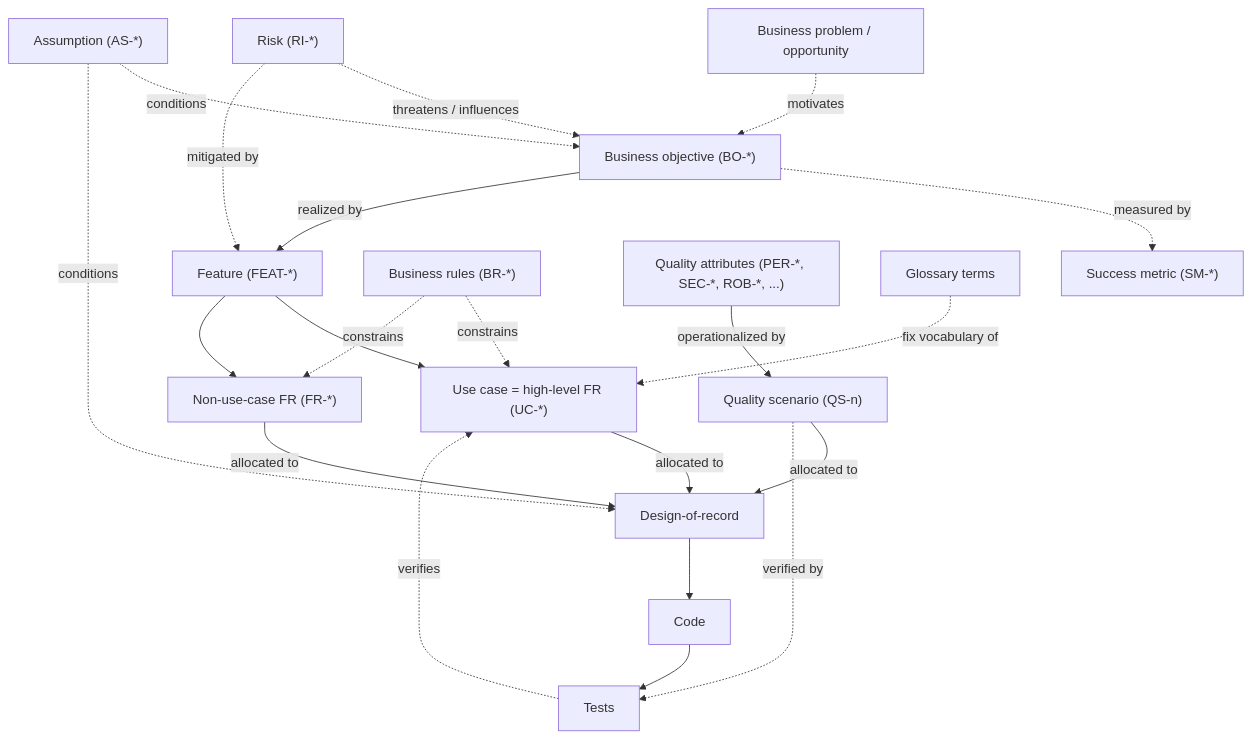
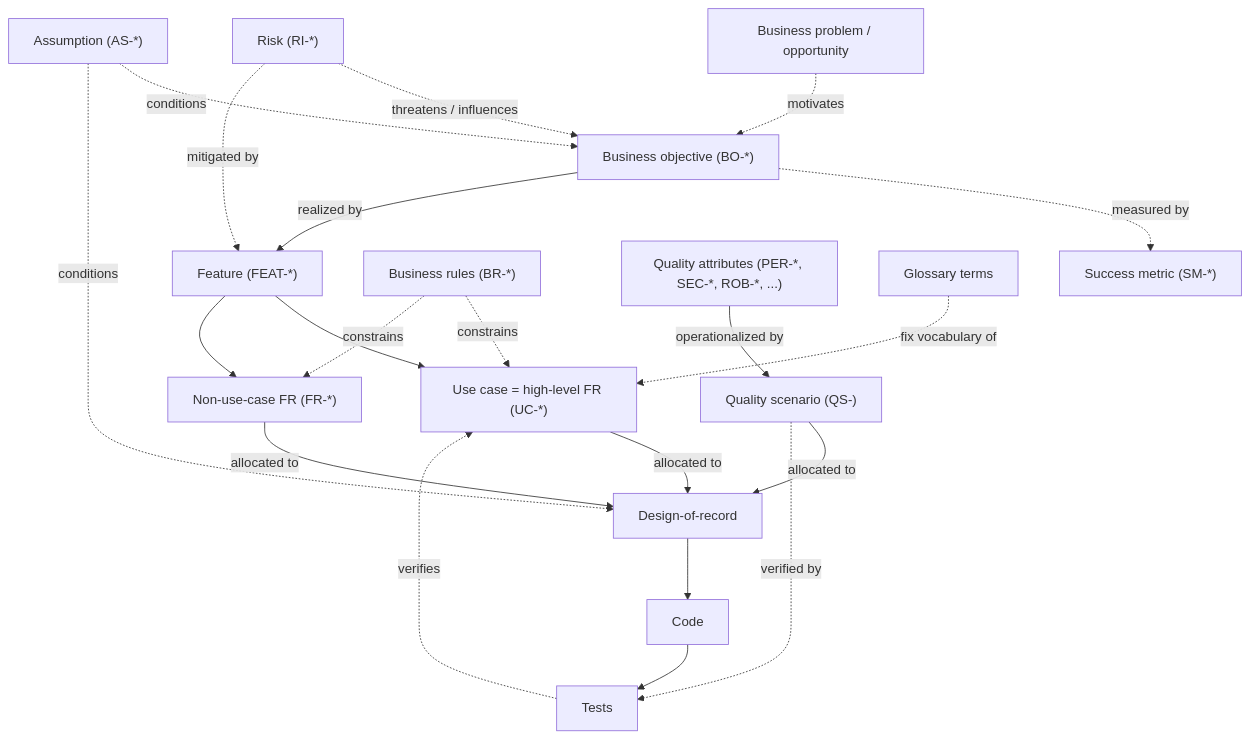
One commit to Washingtonwei/project-pulse changed the diagram in docs/methodology.md. Above: the diagram before and after it, drawn with Mermaid. The commit also changed other lines of this file and 12 other files, not shown here.

First line of the commit message:
docs(architecture): make design IDs name-based slugs

````diff
--- a/docs/methodology.md
+++ b/docs/methodology.md
@@ -106,26 +106,26 @@
 ```mermaid
 flowchart TD
     PROB["Business problem / opportunity"] -. motivates .-> BO["Business objective (BO-*)"]
     RISK["Risk (RI-*)"] -. threatens / influences .-> BO
     RISK -. mitigated by .-> FEAT["Feature (FEAT-*)"]
     ASM["Assumption (AS-*)"] -. conditions .-> BO
     ASM -. conditions .-> DSGN["Design-of-record"]
     BO -. measured by .-> SM["Success metric (SM-*)"]
     BO -- realized by --> FEAT
     FEAT --> UC["Use case = high-level FR (UC-*)"]
     FEAT --> FR["Non-use-case FR (FR-*)"]
     UC -- allocated to --> DSGN
     FR -- allocated to --> DSGN
     DSGN --> CODE["Code"]
     CODE --> TEST["Tests"]
     TEST -. verifies .-> UC
 
     BR["Business rules (BR-*)"] -. constrains .-> UC
     BR -. constrains .-> FR
 
-    QA["Quality attributes (PER-*, SEC-*, ROB-*, ...)"] -- operationalized by --> QS["Quality scenario (QS-n)"]
+    QA["Quality attributes (PER-*, SEC-*, ROB-*, ...)"] -- operationalized by --> QS["Quality scenario (QS-<slug>)"]
     QS -- allocated to --> DSGN
     QS -. verified by .-> TEST
 
     GLOSS["Glossary terms"] -. fix vocabulary of .-> UC
 ```
````
